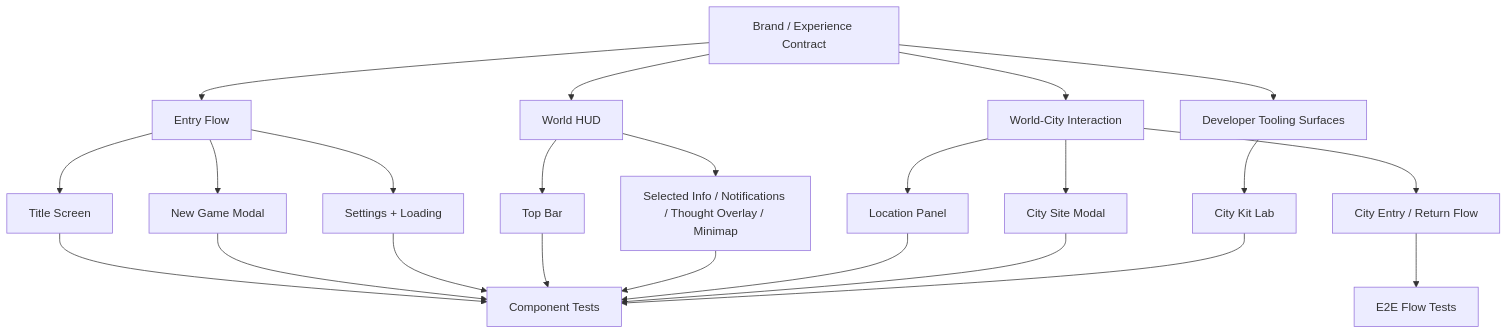
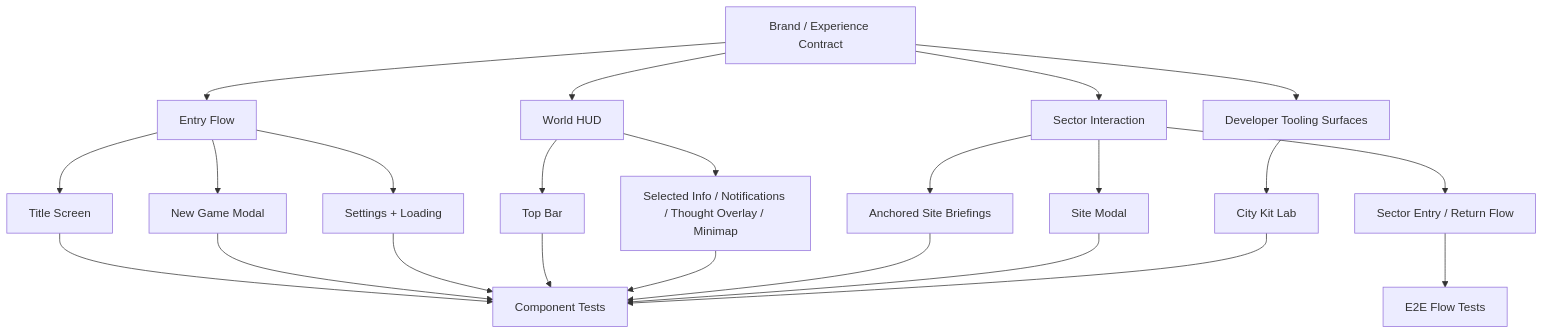
The diagram in docs/plans/CLAUDE_UI_POLISH_PLAN.md (arcade-cabinet/syntheteria), drawn with Mermaid before and after one commit. The commit also changed other lines of this file and 249 other files, not shown here.

First line of the commit message:
Ecumenopolis fullscope: replace hex-world with continuous machine-city campaign

````diff
--- a/docs/plans/CLAUDE_UI_POLISH_PLAN.md
+++ b/docs/plans/CLAUDE_UI_POLISH_PLAN.md
@@ -23,25 +23,25 @@
 ```mermaid
 flowchart TD
     A["Brand / Experience Contract"] --> B["Entry Flow"]
     A --> C["World HUD"]
-    A --> D["World-City Interaction"]
+    A --> D["Sector Interaction"]
     A --> E["Developer Tooling Surfaces"]
     B --> F["Title Screen"]
     B --> G["New Game Modal"]
     B --> H["Settings + Loading"]
     C --> I["Top Bar"]
     C --> J["Selected Info / Notifications / Thought Overlay / Minimap"]
-    D --> K["Location Panel"]
-    D --> L["City Site Modal"]
-    D --> M["City Entry / Return Flow"]
+    D --> K["Anchored Site Briefings"]
+    D --> L["Site Modal"]
+    D --> M["Sector Entry / Return Flow"]
     E --> N["City Kit Lab"]
     F --> O["Component Tests"]
     G --> O
     H --> O
     I --> O
     J --> O
     K --> O
     L --> O
     M --> P["E2E Flow Tests"]
     N --> O
 ```
````
